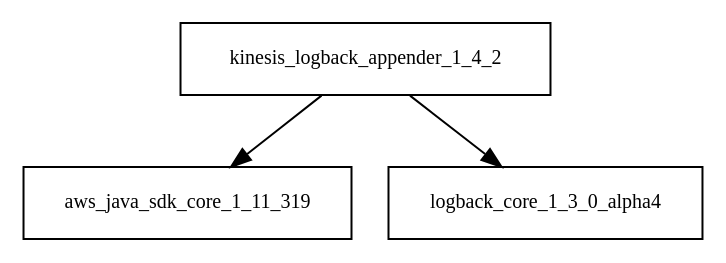
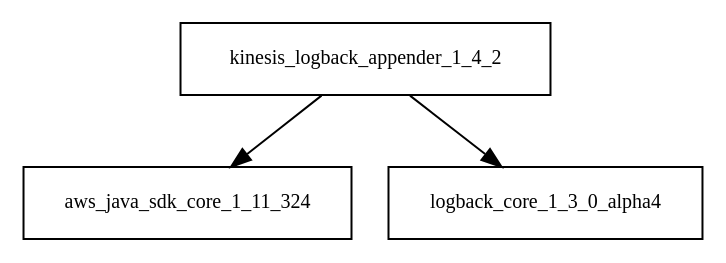
One commit to sjvs/cia changed the diagram in tattleTaleReport/graphviz/kinesis-logback-appender-1.4.2.jar/kinesis-logback-appender-1.4.2.jar.dot. Above: the diagram before and after it, drawn with Graphviz. The commit also changed 2298 other files, not shown here.

```diff
--- a/tattleTaleReport/graphviz/kinesis-logback-appender-1.4.2.jar/kinesis-logback-appender-1.4.2.jar.dot
+++ b/tattleTaleReport/graphviz/kinesis-logback-appender-1.4.2.jar/kinesis-logback-appender-1.4.2.jar.dot
@@ -1,5 +1,5 @@
 digraph kinesis_logback_appender_1_4_2_dependencies {
   node [shape = box, fontsize=10.0];
-  kinesis_logback_appender_1_4_2 -> aws_java_sdk_core_1_11_319;
+  kinesis_logback_appender_1_4_2 -> aws_java_sdk_core_1_11_324;
   kinesis_logback_appender_1_4_2 -> logback_core_1_3_0_alpha4;
 }
```
